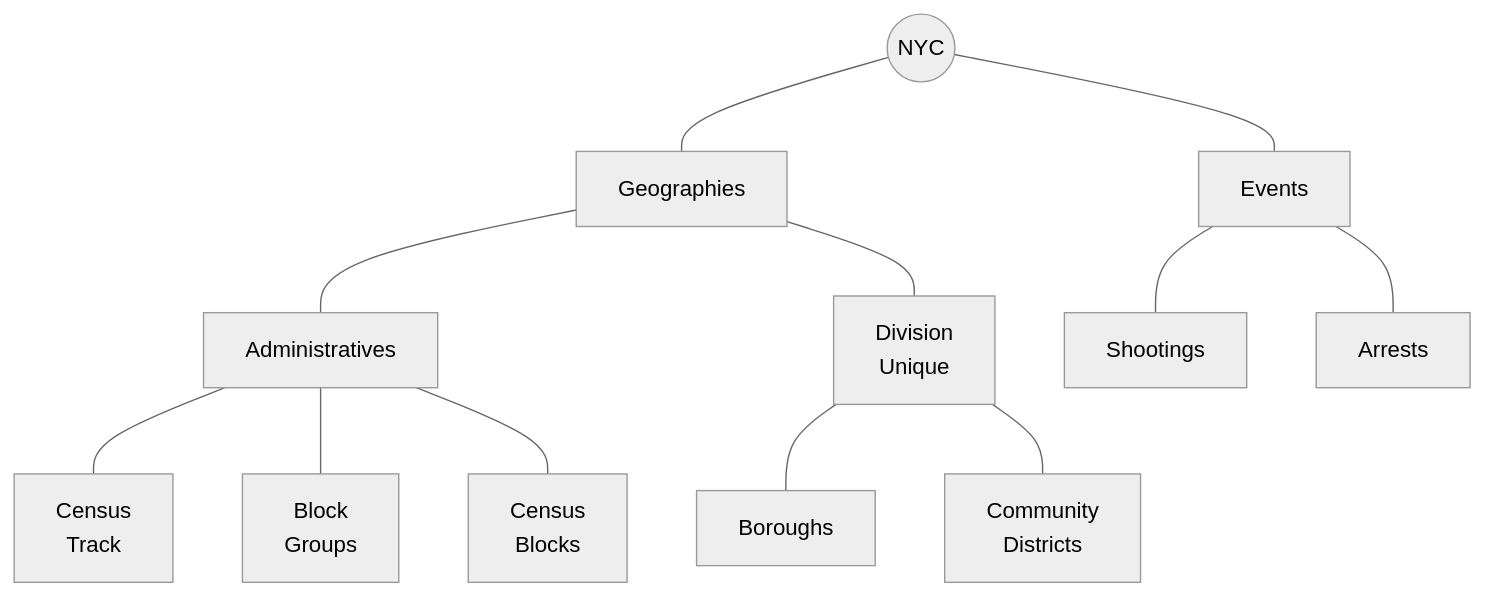
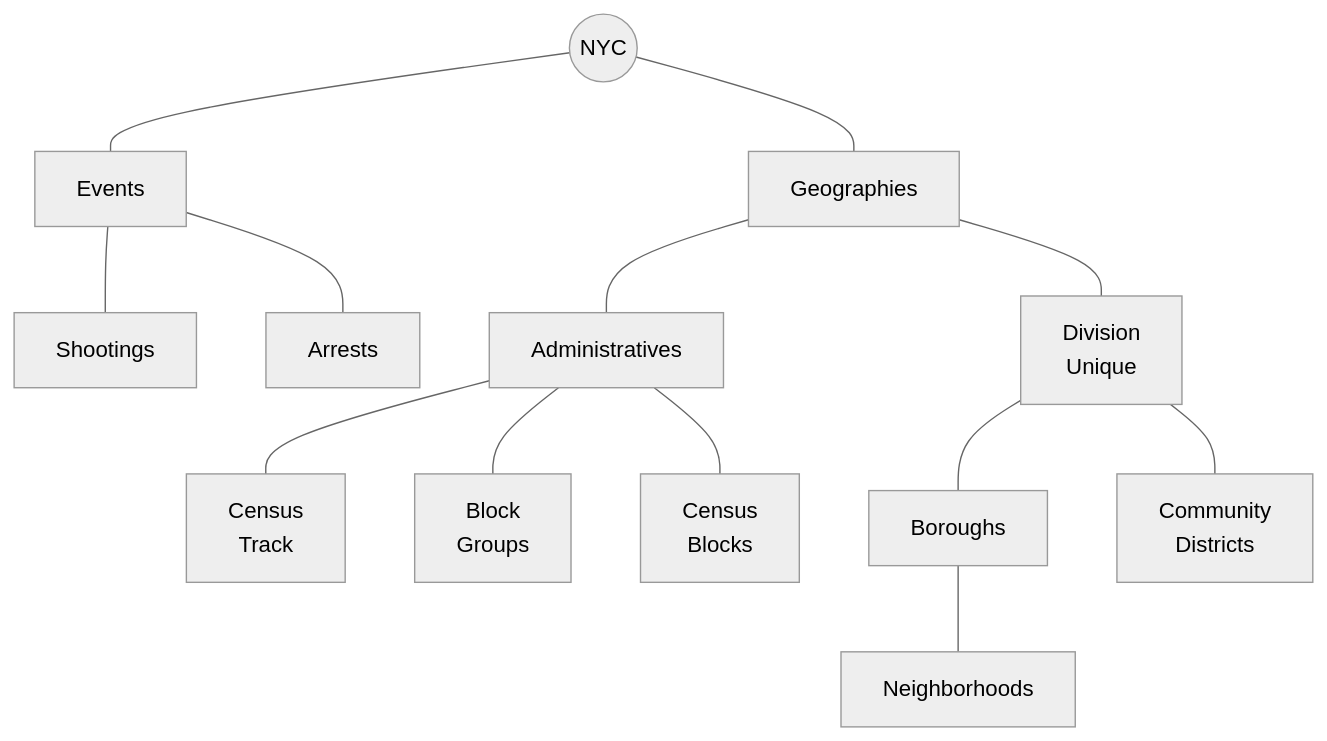
One commit to bwcastillo/jan03_crimeddbb changed the diagram in README.md. Above: the diagram before and after it, drawn with Mermaid (neutral theme). The commit also changed other lines of this file, not shown here.

````diff
--- a/README.md
+++ b/README.md
@@ -64,20 +64,21 @@
 ```mermaid
 flowchart 
 NYC((NYC))
 DivisionUnique[Division \n Unique]
 CommunityDistricts[Community \n Districts]
 CensusTrack[Census \n Track]
 CensusBlocks[Census \n Blocks]
 BlockGroups[Block \n Groups]
 NYC --- Events
 NYC --- Geographies
 Geographies --- Administratives
 Geographies --- DivisionUnique
 DivisionUnique --- Boroughs
 DivisionUnique --- CommunityDistricts
+Boroughs --- Neighborhoods
 Administratives --- CensusTrack
 Administratives --- BlockGroups
 Administratives --- CensusBlocks
 Events --- Shootings
 Events --- Arrests
 ```
````
